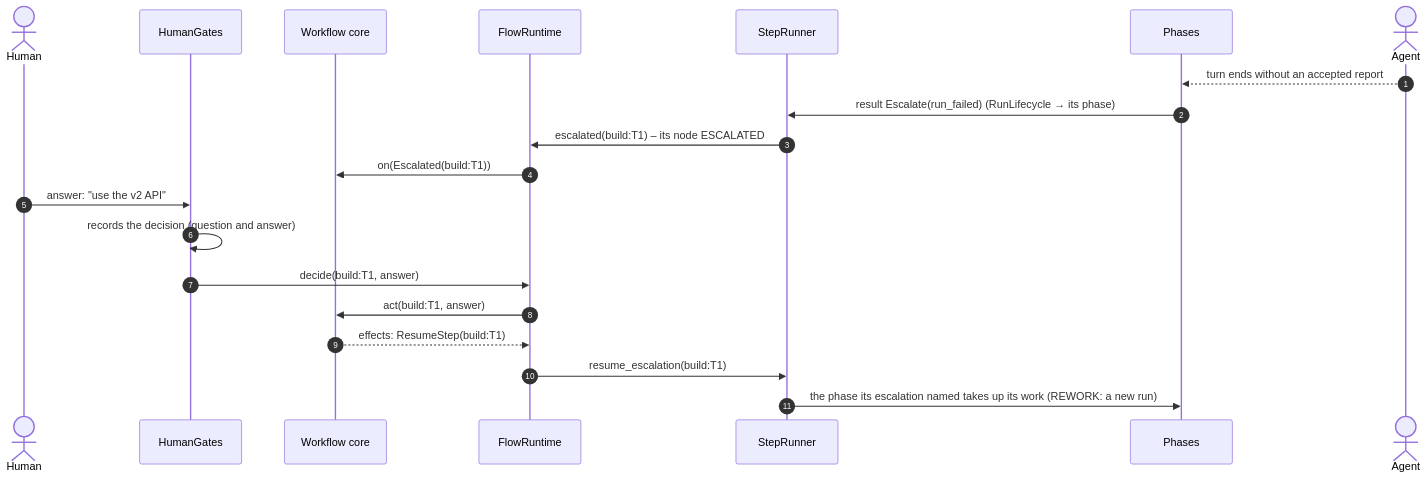
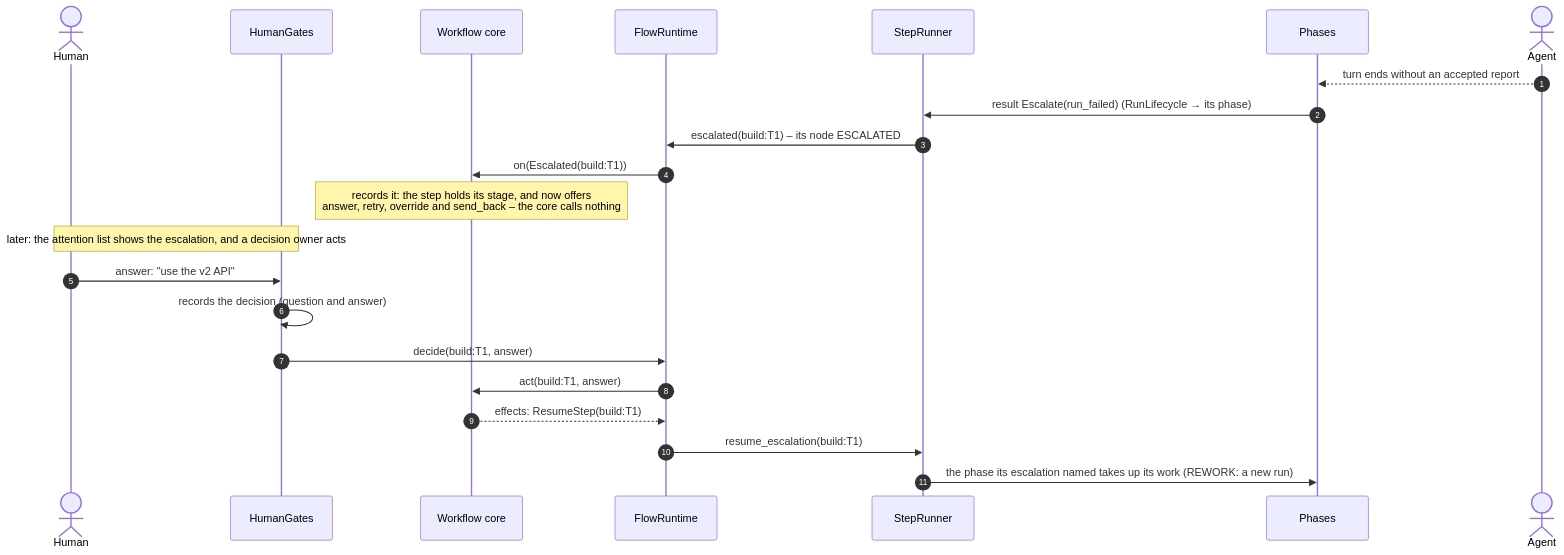
Before and after one commit to mr-miles/orchestrator: the third of 6 diagrams in docs/architecture.md, drawn with Mermaid. The commit also changed other lines of this file and 12 other files, not shown here.

````diff
--- a/docs/architecture.md
+++ b/docs/architecture.md
@@ -161,23 +164,25 @@
 ```mermaid
 sequenceDiagram
     autonumber
     actor Human
     participant HG as HumanGates
     participant Core as Workflow core
     participant RT as FlowRuntime
     participant SR as StepRunner
     participant Ph as Phases
     actor Agent
 
     Agent-->>Ph: turn ends without an accepted report
     Ph->>SR: result Escalate(run_failed) (RunLifecycle → its phase)
     SR->>RT: escalated(build:T1) – its node ESCALATED
     RT->>Core: on(Escalated(build:T1))
+    Note over Core: records it: the step holds its stage, and now offers<br/>answer, retry, override and send_back – the core calls nothing
+    Note over Human,HG: later: the attention list shows the escalation, and a decision owner acts
     Human->>HG: answer: "use the v2 API"
     HG->>HG: records the decision (question and answer)
     HG->>RT: decide(build:T1, answer)
     RT->>Core: act(build:T1, answer)
     Core-->>RT: effects: ResumeStep(build:T1)
     RT->>SR: resume_escalation(build:T1)
     SR->>Ph: the phase its escalation named takes up its work (REWORK: a new run)
 ```
````
